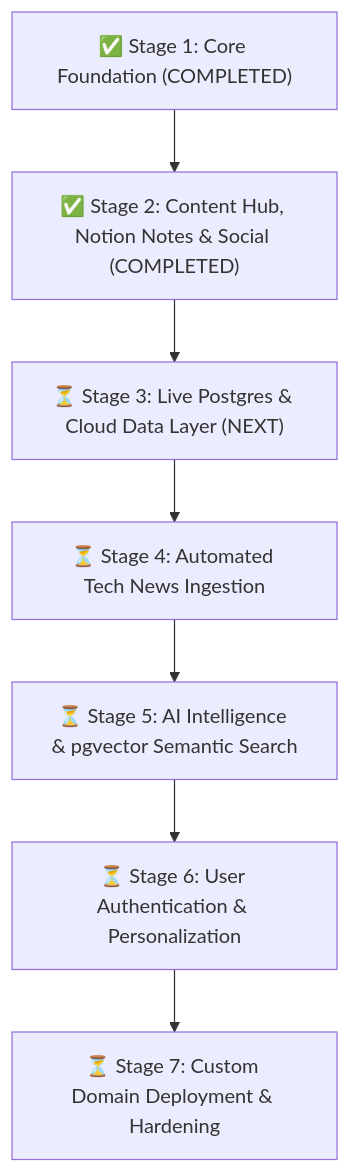
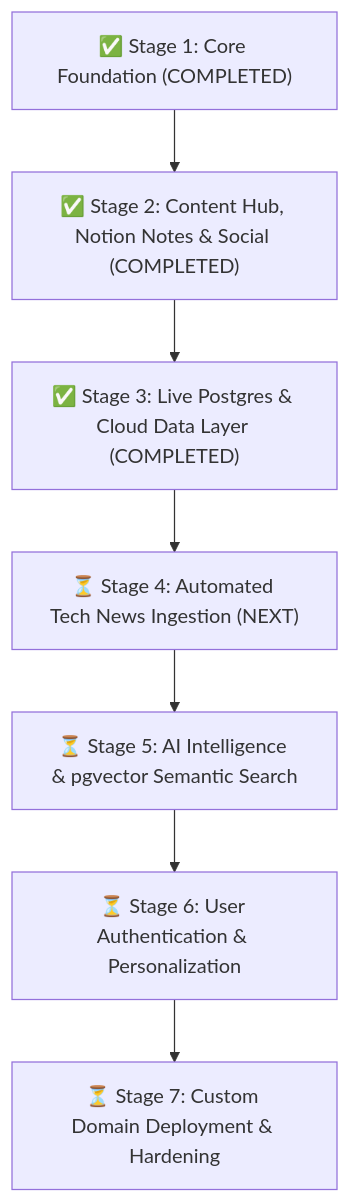
Before and after one commit to Ashish73653/promptNprod: the diagram in README.md, drawn with Mermaid. The commit also changed other lines of this file and 13 other files, not shown here.

Commit message:
feat(db): connect Neon serverless postgres with Drizzle ORM (Stage 3 completed)

````diff
--- a/README.md
+++ b/README.md
@@ -74,17 +74,17 @@
 ```mermaid
 graph TD
     S1["✅ Stage 1: Core Foundation (COMPLETED)"]
     S2["✅ Stage 2: Content Hub, Notion Notes & Social (COMPLETED)"]
-    S3["⏳ Stage 3: Live Postgres & Cloud Data Layer (NEXT)"]
-    S4["⏳ Stage 4: Automated Tech News Ingestion"]
+    S3["✅ Stage 3: Live Postgres & Cloud Data Layer (COMPLETED)"]
+    S4["⏳ Stage 4: Automated Tech News Ingestion (NEXT)"]
     S5["⏳ Stage 5: AI Intelligence & pgvector Semantic Search"]
     S6["⏳ Stage 6: User Authentication & Personalization"]
     S7["⏳ Stage 7: Custom Domain Deployment & Hardening"]
 
     S1 --> S2
     S2 --> S3
     S3 --> S4
     S4 --> S5
     S5 --> S6
     S6 --> S7
 ```
````
